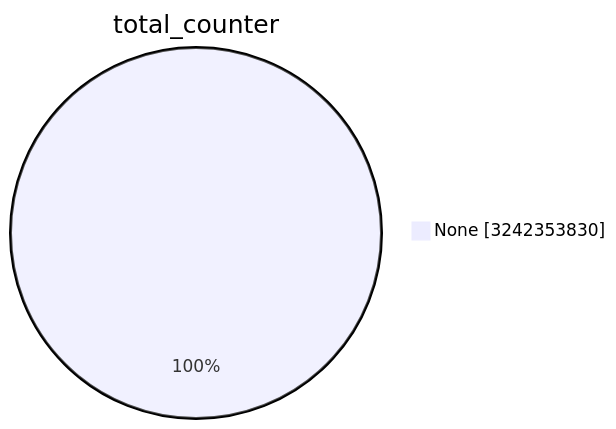
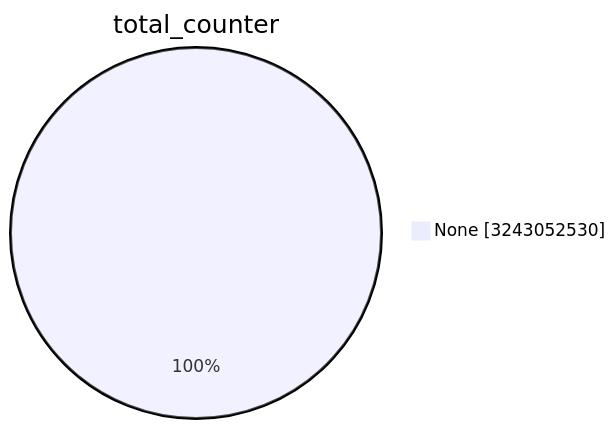
Before and after one commit to christiankrug/ctmonitor_visualization: the first of 15 diagrams in TOTAL/README.md, drawn with Mermaid. The commit also changed other lines of this file, not shown here.

````diff
--- a/TOTAL/README.md
+++ b/TOTAL/README.md
@@ -1,5 +1,5 @@
 ```mermaid
 pie showData
 title total_counter
-"None" :3242353830
+"None" :3243052530
 ```
````
